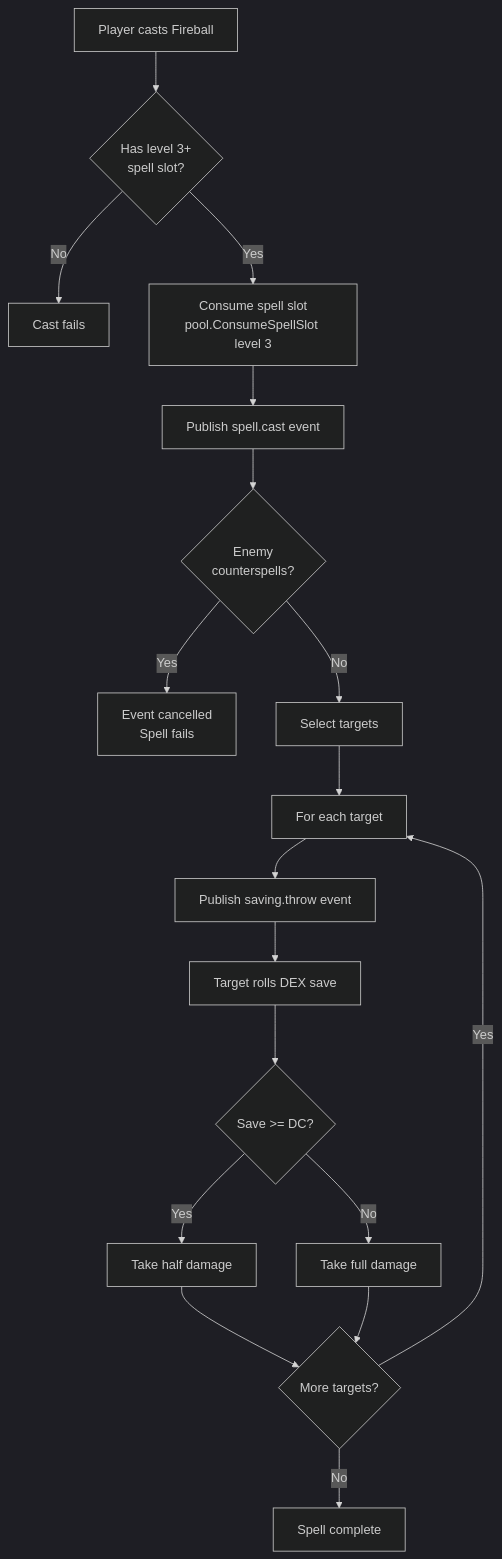
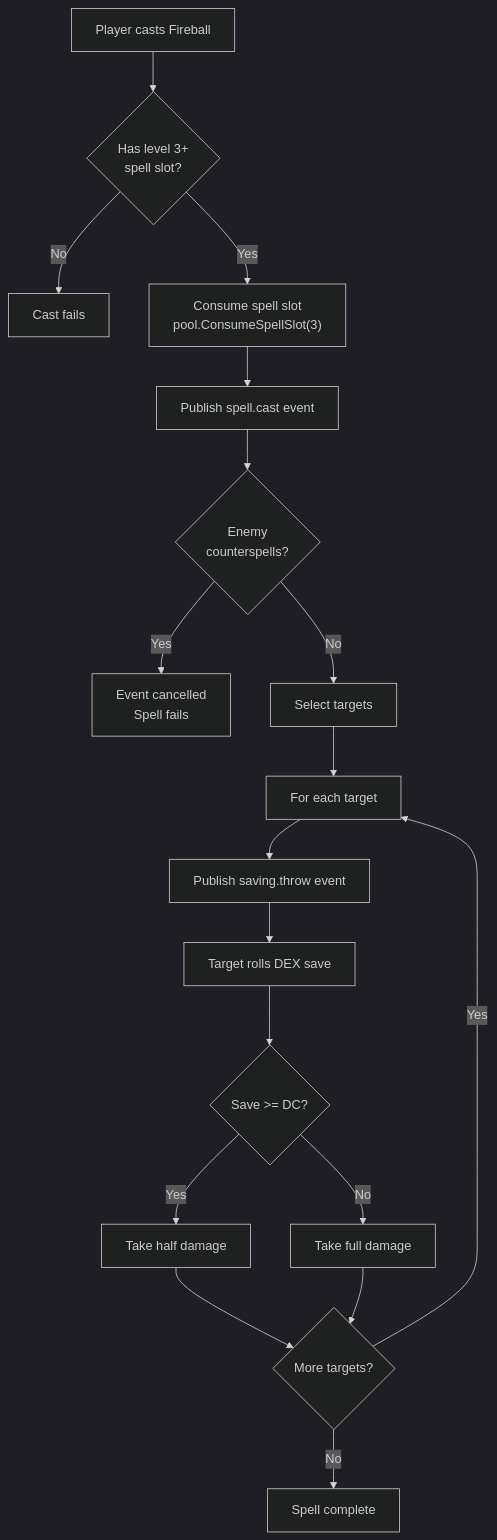
The fifth of 5 diagrams in docs/architecture-diagram.md (KirkDiggler/rpg-toolkit), drawn with Mermaid (dark theme) before and after one commit. The commit also changed 1 other file, not shown here.

Commit message:
escape the parantheses

````diff
--- a/docs/architecture-diagram.md
+++ b/docs/architecture-diagram.md
@@ -164,32 +164,32 @@
 ```mermaid
 flowchart TD
     Start[Player casts Fireball]
     
     CheckSlot{Has level 3+<br/>spell slot?}
     Start --> CheckSlot
     
     CheckSlot -->|No| Fail[Cast fails]
-    CheckSlot -->|Yes| ConsumeSlot[Consume spell slot<br/>pool.ConsumeSpellSlot level 3]
+    CheckSlot -->|Yes| ConsumeSlot[Consume spell slot<br/>pool.ConsumeSpellSlot#40;3#41;]
     
     ConsumeSlot --> PublishCast[Publish spell.cast event]
     
     PublishCast --> Counterspell{Enemy<br/>counterspells?}
     
     Counterspell -->|Yes| Cancel[Event cancelled<br/>Spell fails]
     Counterspell -->|No| Targets[Select targets]
     
     Targets --> SaveLoop[For each target]
     
     SaveLoop --> PublishSave[Publish saving.throw event]
     PublishSave --> RollSave[Target rolls DEX save]
     
     RollSave --> SaveResult{Save >= DC?}
     SaveResult -->|Yes| HalfDamage[Take half damage]
     SaveResult -->|No| FullDamage[Take full damage]
     
     HalfDamage --> NextTarget{More targets?}
     FullDamage --> NextTarget
     
     NextTarget -->|Yes| SaveLoop
     NextTarget -->|No| Complete[Spell complete]
 ```
````
